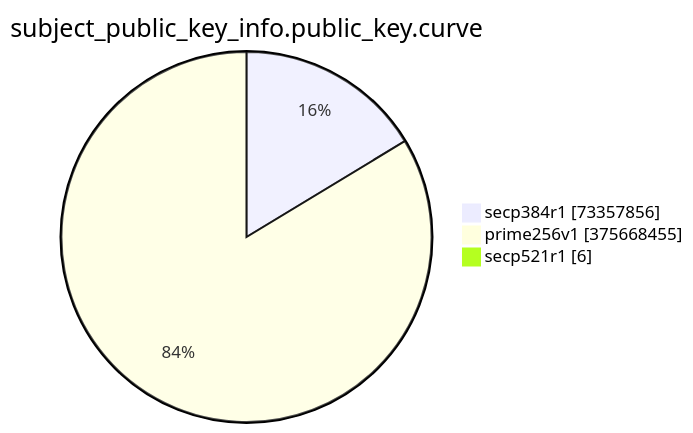
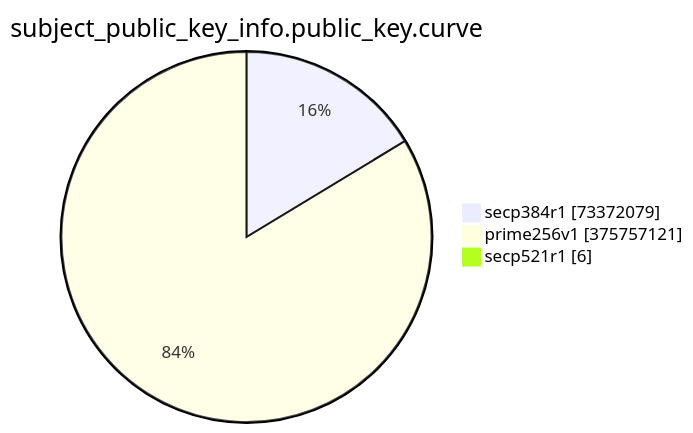
The eighth of 15 diagrams in TOTAL/README.md (christiankrug/ctmonitor_visualization), drawn with Mermaid before and after one commit. The commit also changed other lines of this file, not shown here.

````diff
--- a/TOTAL/README.md
+++ b/TOTAL/README.md
@@ -3092,7 +3092,7 @@
 ```mermaid
 pie showData
 title subject_public_key_info.public_key.curve
-"secp384r1" :73357856
-"prime256v1" :375668455
+"secp384r1" :73372079
+"prime256v1" :375757121
 "secp521r1" :6
 ```
````
